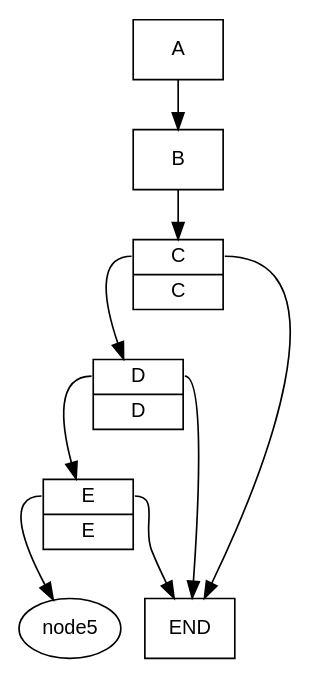
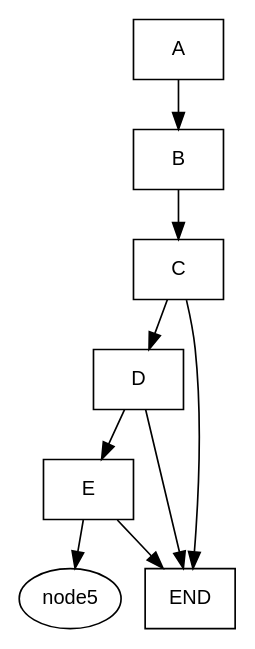
The diagram in build/tri.dot (samsepi0x0/trie-visualize), drawn with Graphviz before and after one commit. The commit also changed 6 other files, not shown here.

```diff
--- a/build/tri.dot
+++ b/build/tri.dot
@@ -1,43 +1,43 @@
 digraph g { 
 
 fontname="Helvetica,Arial,sans-serif" 
 node [fontname="Helvetica,Arial,sans-serif"] 
 edge [fontname="Helvetica,Arial,sans-serif"] 
 graph [nodesep=0.2, ranksep=0.4];
 graph [ rankdir = "TB" ]; 
 node [ 
 fontsize = "12"
 shape = "ellipse"
 ]; 
 edge []; 
 "node4" [ 
-label = "{<f4> E | <f4> E }"
+label = "{ <f4> E }"
 shape = "record"
 ];
 "node3" [ 
-label = "{<f3> D | <f3> D }"
+label = "{ <f3> D }"
 shape = "record"
 ];
 "node2" [ 
-label = "{<f2> C | <f2> C }"
+label = "{ <f2> C }"
 shape = "record"
 ];
 "node1" [ 
 label = "{ <f1> B }"
 shape = "record"
 ];
 "node0" [ 
 label = "{ <f0> A }"
 shape = "record"
 ];
  "NULL_NODE" [label="END", shape=box]; 
 "node0":f0 -> "node1" [ id = 0 ];
 "node1":f1 -> "node2" [ id = 1 ];
 "node2":f2 -> "node3" [ id = 2 ];
 "node2":f2 -> "NULL_NODE";
 "node3":f3 -> "node4" [ id = 3 ];
 "node3":f3 -> "NULL_NODE";
 "node4":f4 -> "node5" [ id = 4 ];
 "node4":f4 -> "NULL_NODE";
 
 }
```
